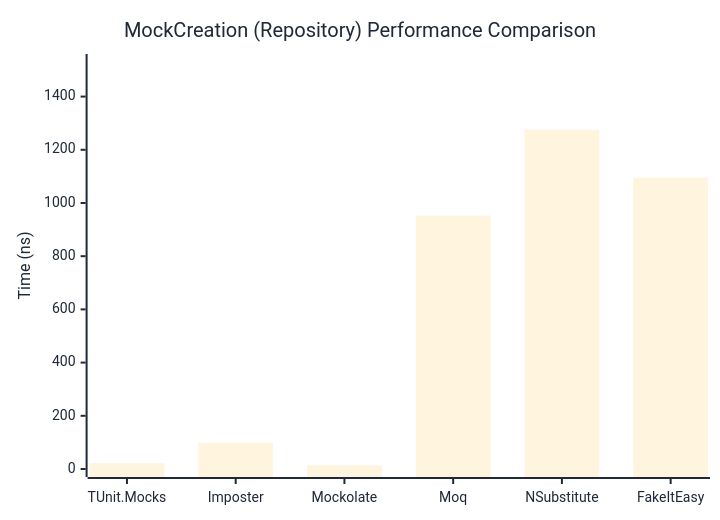
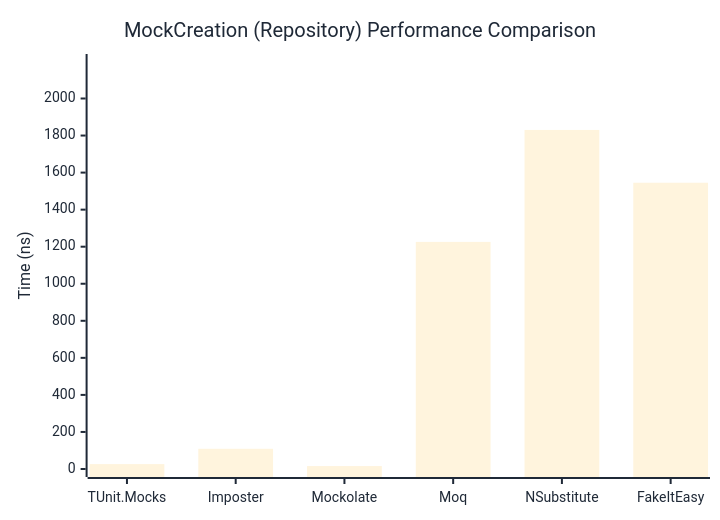
The second of 2 diagrams in docs/docs/benchmarks/mocks/MockCreation.md (thomhurst/TUnit), drawn with Mermaid before and after one commit. The commit also changed other lines of this file and 14 other files, not shown here.

````diff
--- a/docs/docs/benchmarks/mocks/MockCreation.md
+++ b/docs/docs/benchmarks/mocks/MockCreation.md
@@ -71,27 +71,27 @@
 ```mermaid
 %%{init: {
   'theme':'base',
   'themeVariables': {
     'primaryColor': '#2563eb',
     'primaryTextColor': '#1f2937',
     'primaryBorderColor': '#1e40af',
     'lineColor': '#6b7280',
     'secondaryColor': '#7c3aed',
     'tertiaryColor': '#dc2626',
     'background': '#ffffff',
     'pie1': '#2563eb',
     'pie2': '#7c3aed',
     'pie3': '#dc2626',
     'pie4': '#f59e0b',
     'pie5': '#10b981',
     'pie6': '#06b6d4',
     'pie7': '#ec4899',
     'pie8': '#6366f1'
   }
 }}%%
 xychart-beta
   title "MockCreation (Repository) Performance Comparison"
   x-axis ["TUnit.Mocks", "Imposter", "Mockolate", "Moq", "NSubstitute", "FakeItEasy"]
-  y-axis "Time (ns)" 0 --> 1530
-  bar [22.2, 98.83, 13.67, 952.83, 1274.8, 1094.93]
+  y-axis "Time (ns)" 0 --> 2197
+  bar [26.46, 109.07, 15.86, 1225.93, 1830.33, 1545.23]
 ```
````
